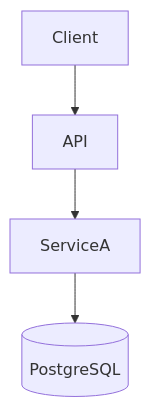
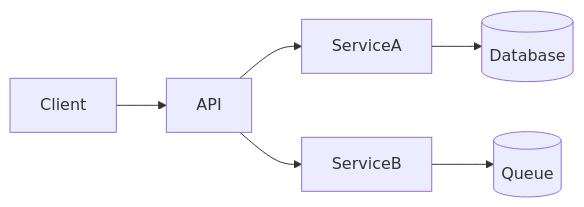
One commit to galiprandi/smart-doc changed the diagram in prompts/default.md. Above: the diagram before and after it, drawn with Mermaid. The commit also changed other lines of this file, not shown here.

````diff
--- a/prompts/default.md
+++ b/prompts/default.md
@@ -55,6 +37,8 @@
-  ```mermaid
-  graph TD
-    Client --> API
-    API --> ServiceA
-    ServiceA --> DB[(PostgreSQL)]
-  ```
+```mermaid
+flowchart LR
+  Client --> API
+  API --> ServiceA
+  API --> ServiceB
+  ServiceA --> DB[(Database)]
+  ServiceB --> Queue[(Queue)]
+```
````
